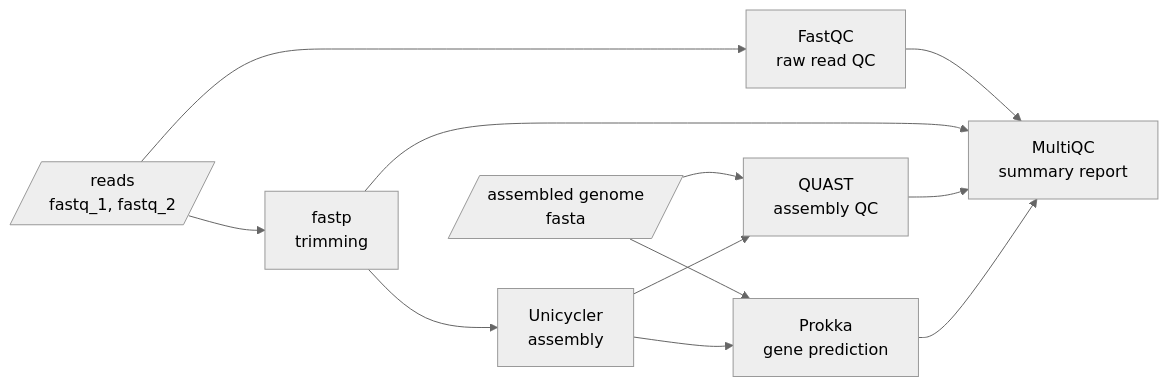
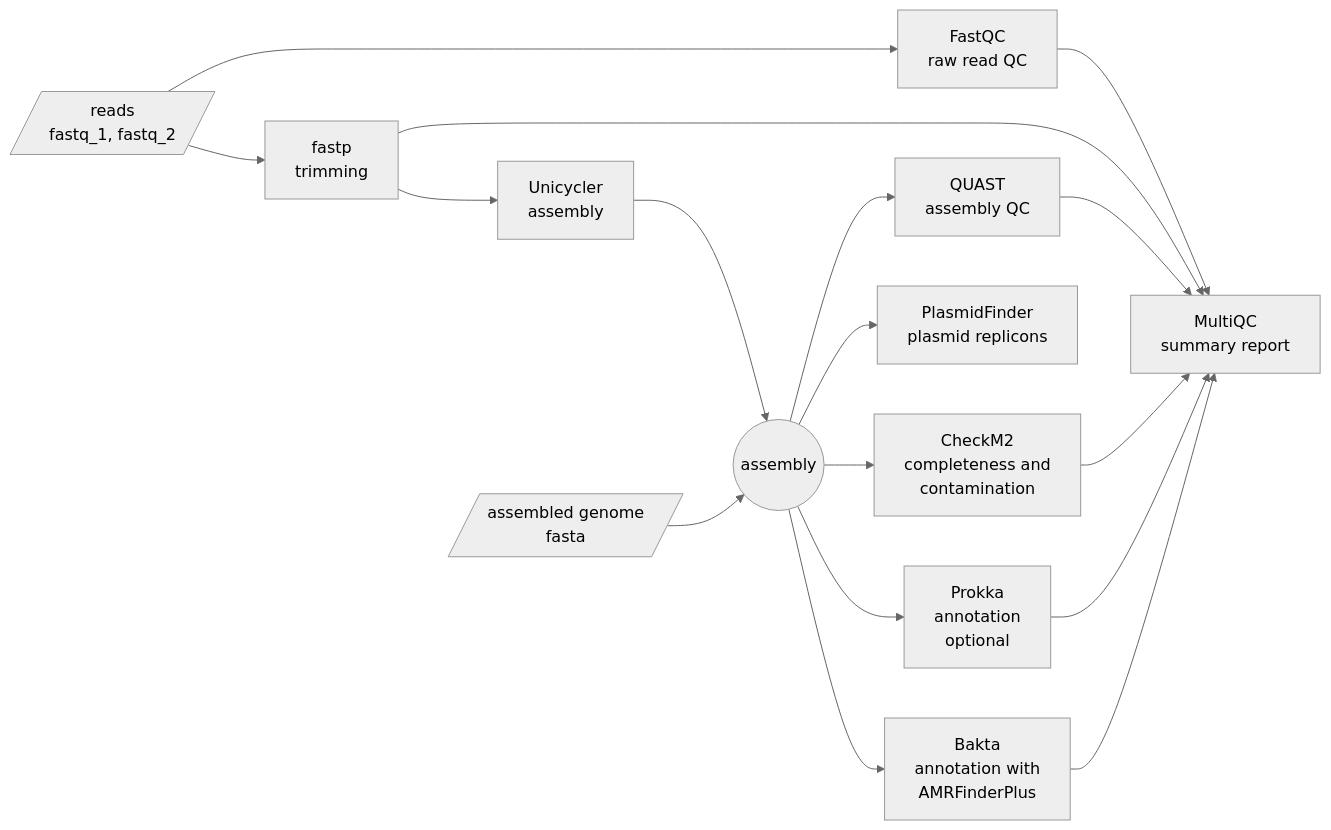
One commit to gigabiome/AMRBench_QC changed the diagram in README.md. Above: the diagram before and after it, drawn with Mermaid (neutral theme). The commit also changed other lines of this file and 17 other files, not shown here.

````diff
--- a/README.md
+++ b/README.md
@@ -38,14 +39,19 @@
 ```mermaid
 flowchart LR
     A[/reads<br>fastq_1, fastq_2/] --> B[FastQC<br>raw read QC]
     A --> C[fastp<br>trimming]
     C --> D[Unicycler<br>assembly]
-    H[/assembled genome<br>fasta/] --> E
-    H --> F
-    D --> E[QUAST<br>assembly QC]
-    D --> F[Prokka<br>gene prediction]
+    D --> X((assembly))
+    H[/assembled genome<br>fasta/] --> X
+    X --> E[QUAST<br>assembly QC]
+    X --> I[CheckM2<br>completeness and<br>contamination]
+    X --> J[PlasmidFinder<br>plasmid replicons]
+    X --> F[Prokka<br>annotation<br>optional]
+    X --> K[Bakta<br>annotation with<br>AMRFinderPlus]
     B --> G[MultiQC<br>summary report]
     C --> G
     E --> G
+    I --> G
     F --> G
+    K --> G
 ```
````
